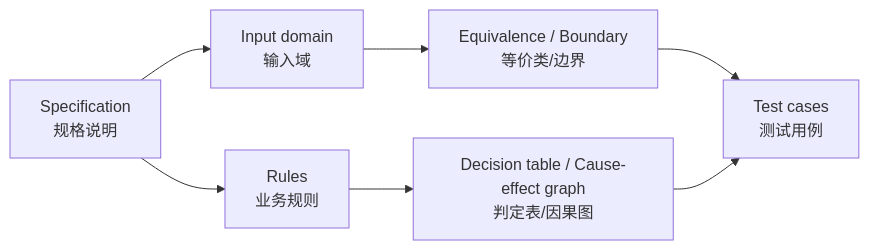
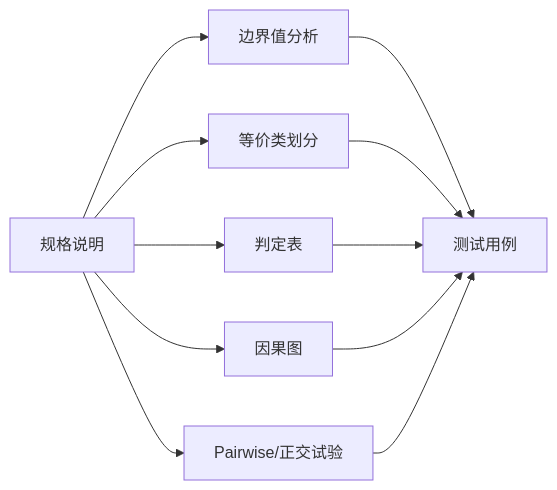
The diagram in src/content/test-lecture-04.md (Ziwen-Lii/pique-review-site), drawn with Mermaid before and after one commit. The commit also changed other lines of this file and 8 other files, not shown here.

````diff
--- a/src/content/test-lecture-04.md
+++ b/src/content/test-lecture-04.md
@@ -73,9 +28,13 @@
 ```mermaid
 flowchart LR
-  A["Specification<br/>规格说明"] --> B["Input domain<br/>输入域"]
-  B --> C["Equivalence / Boundary<br/>等价类/边界"]
-  A --> D["Rules<br/>业务规则"]
-  D --> E["Decision table / Cause-effect graph<br/>判定表/因果图"]
-  C --> F["Test cases<br/>测试用例"]
-  E --> F
+  A["规格说明"] --> B["边界值分析"]
+  A --> C["等价类划分"]
+  A --> D["判定表"]
+  A --> E["因果图"]
+  A --> F["Pairwise/正交试验"]
+  B --> G["测试用例"]
+  C --> G
+  D --> G
+  E --> G
+  F --> G
 ```
````
